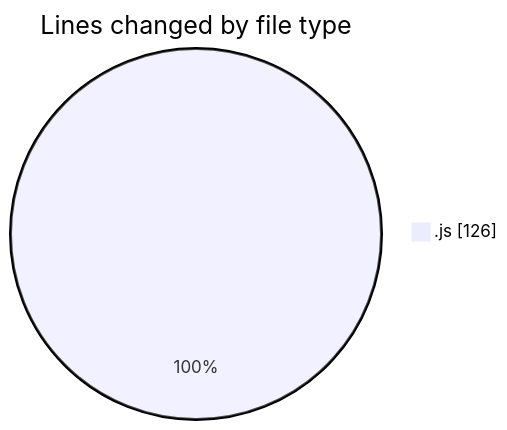
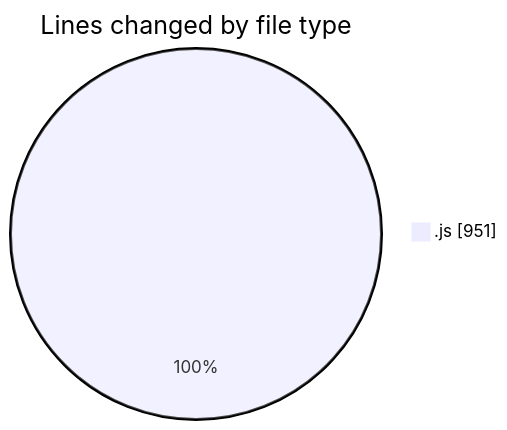
One commit to nxtqubesakshisongat/code-tracking changed the first of 2 diagrams in 2025-09-27/cashcalc/README.md. Above: the diagram before and after it, drawn with Mermaid. The commit also changed other lines of this file and 1 other file, not shown here.

````diff
--- a/2025-09-27/cashcalc/README.md
+++ b/2025-09-27/cashcalc/README.md
@@ -20,5 +21,5 @@
 ```mermaid
 pie showData
 title Lines changed by file type
-".js" : 126
+".js" : 951
 ```
````
